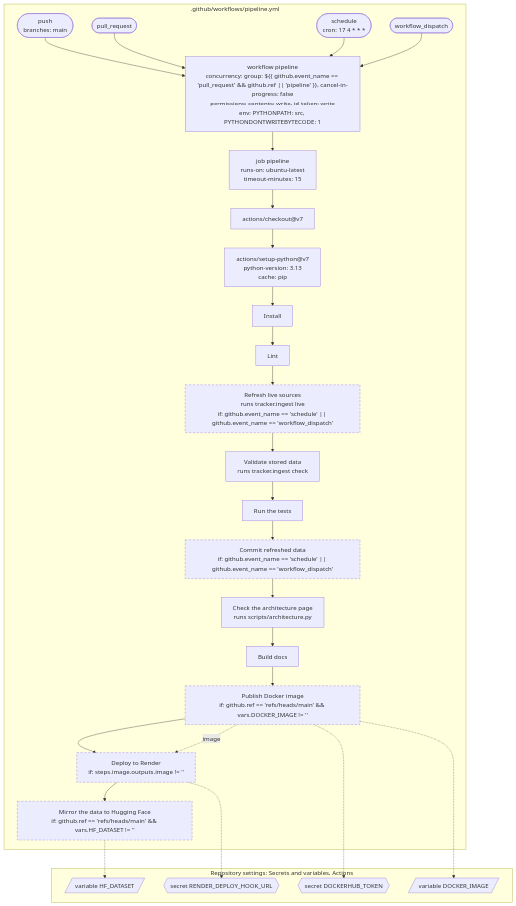
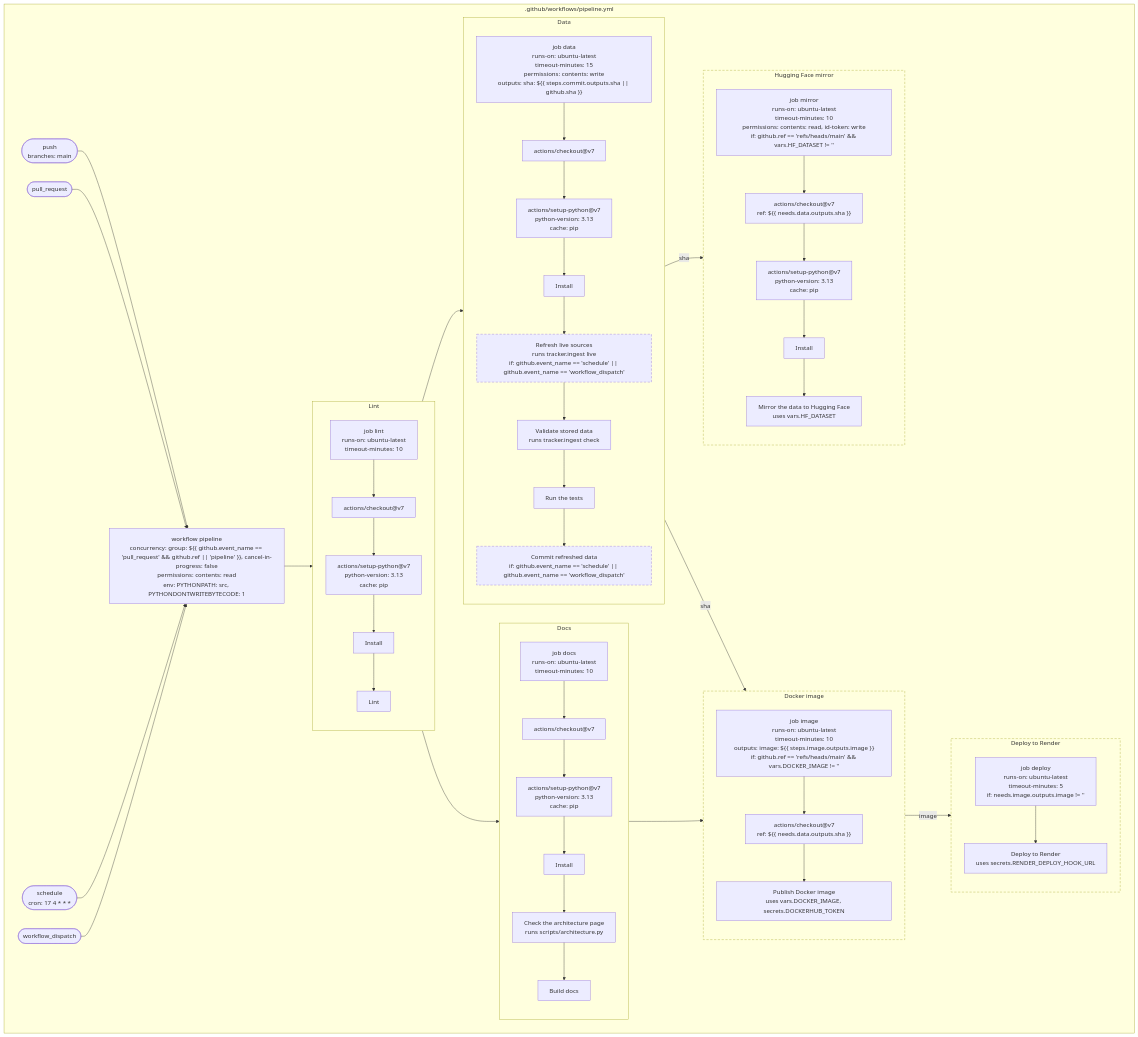
Before and after one commit to tryph0n/hybrid-tracker: the second of 3 diagrams in docs/architecture.md, drawn with Mermaid. The commit also changed other lines of this file and 3 other files, not shown here.

First line of the commit message:
ci: split the pipeline into jobs so the run graph shows each stage

````diff
--- a/docs/architecture.md
+++ b/docs/architecture.md
@@ -63,9 +63,10 @@
 ---
 config: {"flowchart": {"wrappingWidth": 400}}
 ---
-flowchart TB
+flowchart LR
   classDef conditional stroke-dasharray: 6 4
   subgraph workflow_pipeline_yml_box[".github/workflows/pipeline.yml"]
+    direction LR
     on_pipeline_yml_push(["push<br/>branches: main"])
     on_pipeline_yml_push --> workflow_pipeline_yml
     on_pipeline_yml_pull_request(["pull_request"])
@@ -74,45 +75,86 @@
     on_pipeline_yml_schedule --> workflow_pipeline_yml
     on_pipeline_yml_workflow_dispatch(["workflow_dispatch"])
     on_pipeline_yml_workflow_dispatch --> workflow_pipeline_yml
-    workflow_pipeline_yml["workflow pipeline<br/>concurrency: group: ${{ github.event_name == 'pull_request' #amp;#amp; github.ref || 'pipeline' }}, cancel-in-progress: false<br/>permissions: contents: write, id-token: write<br/>env: PYTHONPATH: src, PYTHONDONTWRITEBYTECODE: 1"]
-    job_pipeline_yml_pipeline["job pipeline<br/>runs-on: ubuntu-latest<br/>timeout-minutes: 15"]
-    workflow_pipeline_yml --> job_pipeline_yml_pipeline
-    step_actions_checkout_v7["actions/checkout@v7"]
-    job_pipeline_yml_pipeline --> step_actions_checkout_v7
-    step_actions_setup_python_v7["actions/setup-python@v7<br/>python-version: 3.13<br/>cache: pip"]
-    step_actions_checkout_v7 --> step_actions_setup_python_v7
-    step_Install["Install"]
-    step_actions_setup_python_v7 --> step_Install
-    step_Lint["Lint"]
-    step_Install --> step_Lint
-    step_Refresh_live_sources["Refresh live sources<br/>runs tracker.ingest live<br/>if: github.event_name == 'schedule' || github.event_name == 'workflow_dispatch'"]:::conditional
-    step_Lint --> step_Refresh_live_sources
-    step_Validate_stored_data["Validate stored data<br/>runs tracker.ingest check"]
-    step_Refresh_live_sources --> step_Validate_stored_data
-    step_Run_the_tests["Run the tests"]
-    step_Validate_stored_data --> step_Run_the_tests
-    step_Commit_refreshed_data["Commit refreshed data<br/>if: github.event_name == 'schedule' || github.event_name == 'workflow_dispatch'"]:::conditional
-    step_Run_the_tests --> step_Commit_refreshed_data
-    step_Check_the_architecture_page["Check the architecture page<br/>runs scripts/architecture.py"]
-    step_Commit_refreshed_data --> step_Check_the_architecture_page
-    step_Build_docs["Build docs"]
-    step_Check_the_architecture_page --> step_Build_docs
-    step_Publish_Docker_image["Publish Docker image<br/>if: github.ref == 'refs/heads/main' #amp;#amp; vars.DOCKER_IMAGE != ''"]:::conditional
-    step_Build_docs --> step_Publish_Docker_image
-    step_Deploy_to_Render["Deploy to Render<br/>if: steps.image.outputs.image != ''"]:::conditional
-    step_Publish_Docker_image --> step_Deploy_to_Render
-    step_Mirror_the_data_to_Hugging_Face["Mirror the data to Hugging Face<br/>if: github.ref == 'refs/heads/main' #amp;#amp; vars.HF_DATASET != ''"]:::conditional
-    step_Deploy_to_Render --> step_Mirror_the_data_to_Hugging_Face
+    workflow_pipeline_yml["workflow pipeline<br/>concurrency: group: ${{ github.event_name == 'pull_request' #amp;#amp; github.ref || 'pipeline' }}, cancel-in-progress: false<br/>permissions: contents: read<br/>env: PYTHONPATH: src, PYTHONDONTWRITEBYTECODE: 1"]
+    subgraph job_pipeline_yml_lint["Lint"]
+      direction TB
+      job_pipeline_yml_lint_settings["job lint<br/>runs-on: ubuntu-latest<br/>timeout-minutes: 10"]
+      step_lint_actions_checkout_v7["actions/checkout@v7"]
+      job_pipeline_yml_lint_settings --> step_lint_actions_checkout_v7
+      step_lint_actions_setup_python_v7["actions/setup-python@v7<br/>python-version: 3.13<br/>cache: pip"]
+      step_lint_actions_checkout_v7 --> step_lint_actions_setup_python_v7
+      step_lint_Install["Install"]
+      step_lint_actions_setup_python_v7 --> step_lint_Install
+      step_lint_Lint["Lint"]
+      step_lint_Install --> step_lint_Lint
+    end
+    subgraph job_pipeline_yml_data["Data"]
+      direction TB
+      job_pipeline_yml_data_settings["job data<br/>runs-on: ubuntu-latest<br/>timeout-minutes: 15<br/>permissions: contents: write<br/>outputs: sha: ${{ steps.commit.outputs.sha || github.sha }}"]
+      step_data_actions_checkout_v7["actions/checkout@v7"]
+      job_pipeline_yml_data_settings --> step_data_actions_checkout_v7
+      step_data_actions_setup_python_v7["actions/setup-python@v7<br/>python-version: 3.13<br/>cache: pip"]
+      step_data_actions_checkout_v7 --> step_data_actions_setup_python_v7
+      step_data_Install["Install"]
+      step_data_actions_setup_python_v7 --> step_data_Install
+      step_data_Refresh_live_sources["Refresh live sources<br/>runs tracker.ingest live<br/>if: github.event_name == 'schedule' || github.event_name == 'workflow_dispatch'"]:::conditional
+      step_data_Install --> step_data_Refresh_live_sources
+      step_data_Validate_stored_data["Validate stored data<br/>runs tracker.ingest check"]
+      step_data_Refresh_live_sources --> step_data_Validate_stored_data
+      step_data_Run_the_tests["Run the tests"]
+      step_data_Validate_stored_data --> step_data_Run_the_tests
+      step_data_Commit_refreshed_data["Commit refreshed data<br/>if: github.event_name == 'schedule' || github.event_name == 'workflow_dispatch'"]:::conditional
+      step_data_Run_the_tests --> step_data_Commit_refreshed_data
+    end
+    subgraph job_pipeline_yml_docs["Docs"]
+      direction TB
+      job_pipeline_yml_docs_settings["job docs<br/>runs-on: ubuntu-latest<br/>timeout-minutes: 10"]
+      step_docs_actions_checkout_v7["actions/checkout@v7"]
+      job_pipeline_yml_docs_settings --> step_docs_actions_checkout_v7
+      step_docs_actions_setup_python_v7["actions/setup-python@v7<br/>python-version: 3.13<br/>cache: pip"]
+      step_docs_actions_checkout_v7 --> step_docs_actions_setup_python_v7
+      step_docs_Install["Install"]
+      step_docs_actions_setup_python_v7 --> step_docs_Install
+      step_docs_Check_the_architecture_page["Check the architecture page<br/>runs scripts/architecture.py"]
+      step_docs_Install --> step_docs_Check_the_architecture_page
+      step_docs_Build_docs["Build docs"]
+      step_docs_Check_the_architecture_page --> step_docs_Build_docs
+    end
+    subgraph job_pipeline_yml_image["Docker image"]
+      direction TB
+      job_pipeline_yml_image_settings["job image<br/>runs-on: ubuntu-latest<br/>timeout-minutes: 10<br/>outputs: image: ${{ steps.image.outputs.image }}<br/>if: github.ref == 'refs/heads/main' #amp;#amp; vars.DOCKER_IMAGE != ''"]
+      step_image_actions_checkout_v7["actions/checkout@v7<br/>ref: ${{ needs.data.outputs.sha }}"]
+      job_pipeline_yml_image_settings --> step_image_actions_checkout_v7
+      step_image_Publish_Docker_image["Publish Docker image<br/>uses vars.DOCKER_IMAGE, secrets.DOCKERHUB_TOKEN"]
+      step_image_actions_checkout_v7 --> step_image_Publish_Docker_image
+    end
+    subgraph job_pipeline_yml_deploy["Deploy to Render"]
+      direction TB
+      job_pipeline_yml_deploy_settings["job deploy<br/>runs-on: ubuntu-latest<br/>timeout-minutes: 5<br/>if: needs.image.outputs.image != ''"]
+      step_deploy_Deploy_to_Render["Deploy to Render<br/>uses secrets.RENDER_DEPLOY_HOOK_URL"]
+      job_pipeline_yml_deploy_settings --> step_deploy_Deploy_to_Render
+    end
+    subgraph job_pipeline_yml_mirror["Hugging Face mirror"]
+      direction TB
+      job_pipeline_yml_mirror_settings["job mirror<br/>runs-on: ubuntu-latest<br/>timeout-minutes: 10<br/>permissions: contents: read, id-token: write<br/>if: github.ref == 'refs/heads/main' #amp;#amp; vars.HF_DATASET != ''"]
+      step_mirror_actions_checkout_v7["actions/checkout@v7<br/>ref: ${{ needs.data.outputs.sha }}"]
+      job_pipeline_yml_mirror_settings --> step_mirror_actions_checkout_v7
+      step_mirror_actions_setup_python_v7["actions/setup-python@v7<br/>python-version: 3.13<br/>cache: pip"]
+      step_mirror_actions_checkout_v7 --> step_mirror_actions_setup_python_v7
+      step_mirror_Install["Install"]
+      step_mirror_actions_setup_python_v7 --> step_mirror_Install
+      step_mirror_Mirror_the_data_to_Hugging_Face["Mirror the data to Hugging Face<br/>uses vars.HF_DATASET"]
+      step_mirror_Install --> step_mirror_Mirror_the_data_to_Hugging_Face
+    end
+    workflow_pipeline_yml --> job_pipeline_yml_lint
+    job_pipeline_yml_lint --> job_pipeline_yml_data
+    job_pipeline_yml_lint --> job_pipeline_yml_docs
+    job_pipeline_yml_data -->|sha| job_pipeline_yml_image
+    job_pipeline_yml_docs --> job_pipeline_yml_image
+    job_pipeline_yml_image -->|image| job_pipeline_yml_deploy
+    job_pipeline_yml_data -->|sha| job_pipeline_yml_mirror
   end
-  step_Publish_Docker_image -.->|image| step_Deploy_to_Render
-  subgraph settings["Repository settings: Secrets and variables, Actions"]
-    secrets_DOCKERHUB_TOKEN{{"secret DOCKERHUB_TOKEN"}}
-    secrets_RENDER_DEPLOY_HOOK_URL{{"secret RENDER_DEPLOY_HOOK_URL"}}
-    vars_DOCKER_IMAGE[/"variable DOCKER_IMAGE"/]
-    vars_HF_DATASET[/"variable HF_DATASET"/]
-  end
-  step_Publish_Docker_image -.-> secrets_DOCKERHUB_TOKEN
-  step_Deploy_to_Render -.-> secrets_RENDER_DEPLOY_HOOK_URL
-  step_Publish_Docker_image -.-> vars_DOCKER_IMAGE
-  step_Mirror_the_data_to_Hugging_Face -.-> vars_HF_DATASET
+  class job_pipeline_yml_image conditional
+  class job_pipeline_yml_deploy conditional
+  class job_pipeline_yml_mirror conditional
 ```
````
